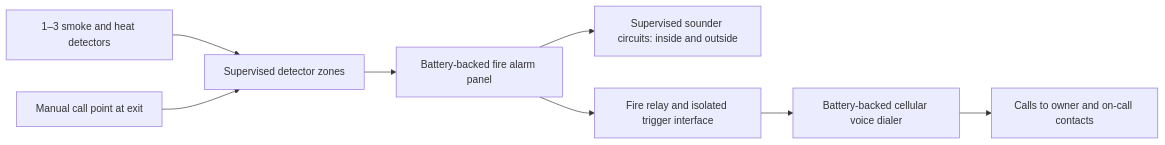
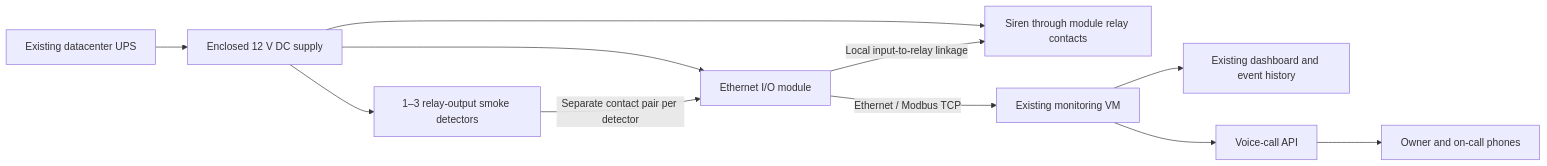
Before and after one commit to p0o0uya/hormuz: the diagram in assets/park/fire-monitoring-proposal.md, drawn with Mermaid. The commit also changed other lines of this file and 2 other files, not shown here.

Commit message:
Refs #8: Fire detection system

````diff
--- a/assets/park/fire-monitoring-proposal.md
+++ b/assets/park/fire-monitoring-proposal.md
@@ -33,10 +47,13 @@
 ```mermaid
 flowchart LR
-    D[1–3 smoke and heat detectors] --> Z[Supervised detector zones]
-    M[Manual call point at exit] --> Z
-    Z --> P[Battery-backed fire alarm panel]
-    P --> S[Supervised sounder circuits: inside and outside]
-    P --> R[Fire relay and isolated trigger interface]
-    R --> G[Battery-backed cellular voice dialer]
-    G --> C[Calls to owner and on-call contacts]
+    UPS[Existing datacenter UPS] --> PSU[Enclosed 12 V DC supply]
+    PSU --> D[1–3 relay-output smoke detectors]
+    PSU --> IO[Ethernet I/O module]
+    PSU --> S[Siren through module relay contacts]
+    D -->|Separate contact pair per detector| IO
+    IO -->|Ethernet / Modbus TCP| VM[Existing monitoring VM]
+    IO -->|Local input-to-relay linkage| S
+    VM --> DB[Existing dashboard and event history]
+    VM --> API[Voice-call API]
+    API --> PHONE[Owner and on-call phones]
 ```
````
